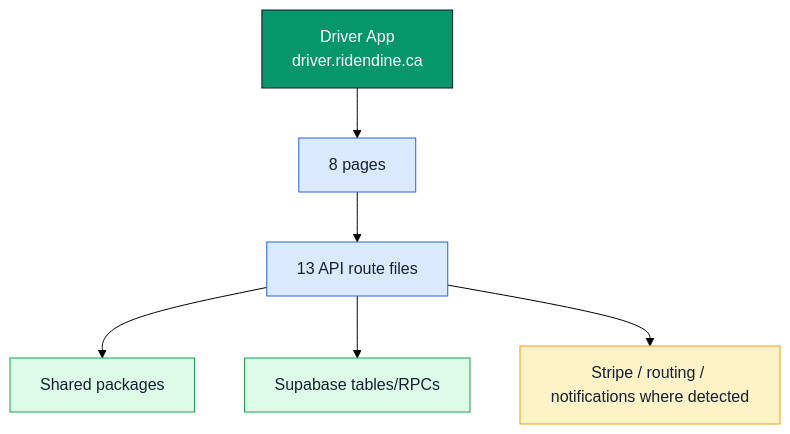
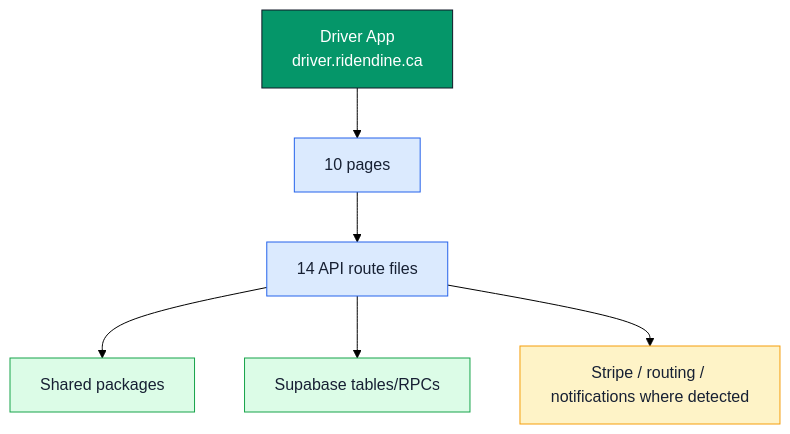
The diagram in docs/architecture/codebase-map/apps/driver-app.md (Ritenoob/ridendine-marketplace), drawn with Mermaid (forest theme) before and after one commit. The commit also changed other lines of this file and 53 other files, not shown here.

````diff
--- a/docs/architecture/codebase-map/apps/driver-app.md
+++ b/docs/architecture/codebase-map/apps/driver-app.md
@@ -20,18 +20,18 @@
 ```mermaid
 flowchart TB
   classDef app fill:#059669,stroke:#111827,color:#ffffff
   classDef api fill:#dbeafe,stroke:#2563eb,color:#172033
   classDef data fill:#dcfce7,stroke:#16a34a,color:#172033
   classDef warn fill:#fef3c7,stroke:#f59e0b,color:#172033
   App["Driver App<br/>driver.ridendine.ca"]:::app
-  Pages["8 pages"]:::api
-  APIs["13 API route files"]:::api
+  Pages["10 pages"]:::api
+  APIs["14 API route files"]:::api
   Shared["Shared packages"]:::data
   DB["Supabase tables/RPCs"]:::data
   External["Stripe / routing / notifications where detected"]:::warn
   App --> Pages
   Pages --> APIs
   APIs --> Shared
   APIs --> DB
   APIs --> External
 ```
````
